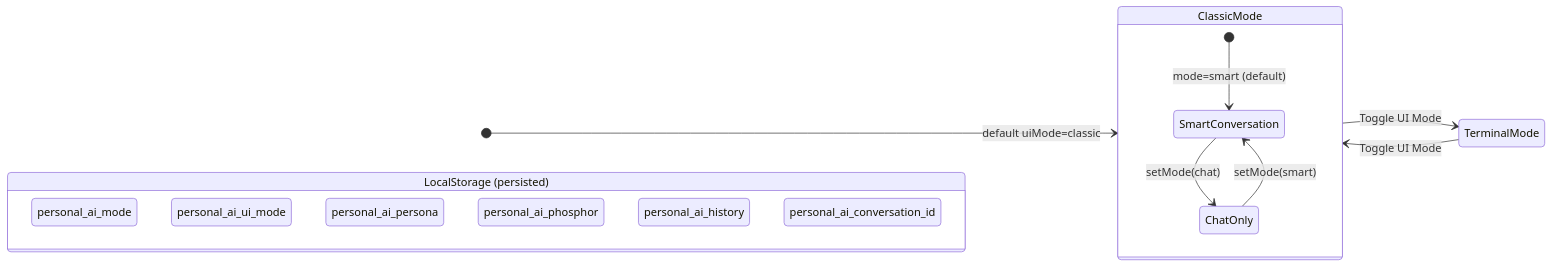
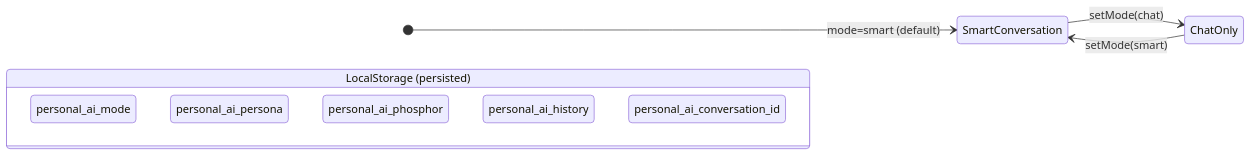
One commit to sreeram843/personal-ai changed diagram 11 of 12 in docs/architecture.md. Above: the diagram before and after it, drawn with Mermaid. The commit also changed other lines of this file and 3765 other files, not shown here.

````diff
--- a/docs/architecture.md
+++ b/docs/architecture.md
@@ -325,22 +325,15 @@
 ```mermaid
 stateDiagram-v2
     direction LR
-    [*] --> ClassicMode : default uiMode=classic
-    ClassicMode --> TerminalMode : Toggle UI Mode
-    TerminalMode --> ClassicMode : Toggle UI Mode
-
-    state ClassicMode {
-        [*] --> SmartConversation : mode=smart (default)
-        SmartConversation --> ChatOnly : setMode(chat)
-        ChatOnly --> SmartConversation : setMode(smart)
-    }
+    [*] --> SmartConversation : mode=smart (default)
+    SmartConversation --> ChatOnly : setMode(chat)
+    ChatOnly --> SmartConversation : setMode(smart)
 
     state "LocalStorage (persisted)" as LS {
         personal_ai_mode
-        personal_ai_ui_mode
         personal_ai_persona
         personal_ai_phosphor
         personal_ai_history
         personal_ai_conversation_id
     }
 ```
````
